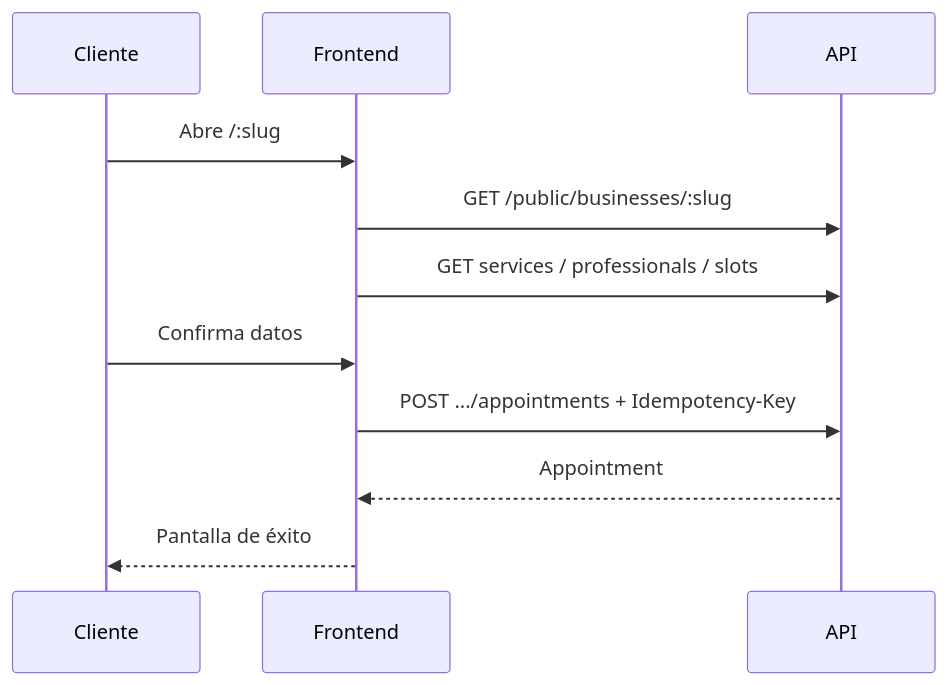
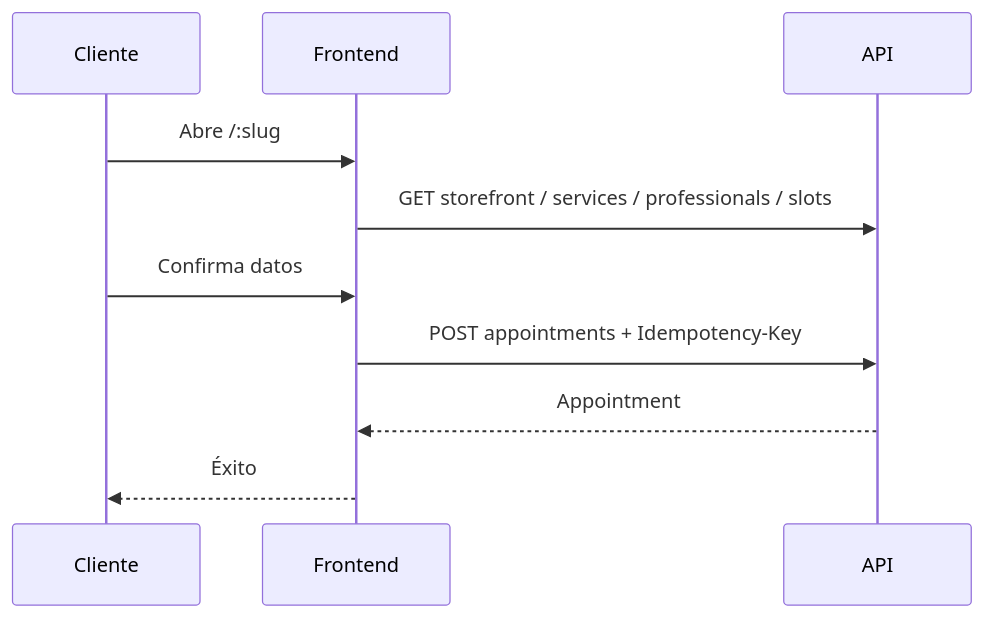
Before and after one commit to Edwardortiz117/Turnify_Frontend: the third of 8 diagrams in docs/sustentacion-turnify.md, drawn with Mermaid. The commit also changed other lines of this file and 10 other files, not shown here.

````diff
--- a/docs/sustentacion-turnify.md
+++ b/docs/sustentacion-turnify.md
@@ -207,13 +270,12 @@
 ```mermaid
 sequenceDiagram
   participant U as Cliente
   participant F as Frontend
   participant A as API
   U->>F: Abre /:slug
-  F->>A: GET /public/businesses/:slug
-  F->>A: GET services / professionals / slots
+  F->>A: GET storefront / services / professionals / slots
   U->>F: Confirma datos
-  F->>A: POST .../appointments + Idempotency-Key
+  F->>A: POST appointments + Idempotency-Key
   A-->>F: Appointment
-  F-->>U: Pantalla de éxito
+  F-->>U: Éxito
 ```
````
